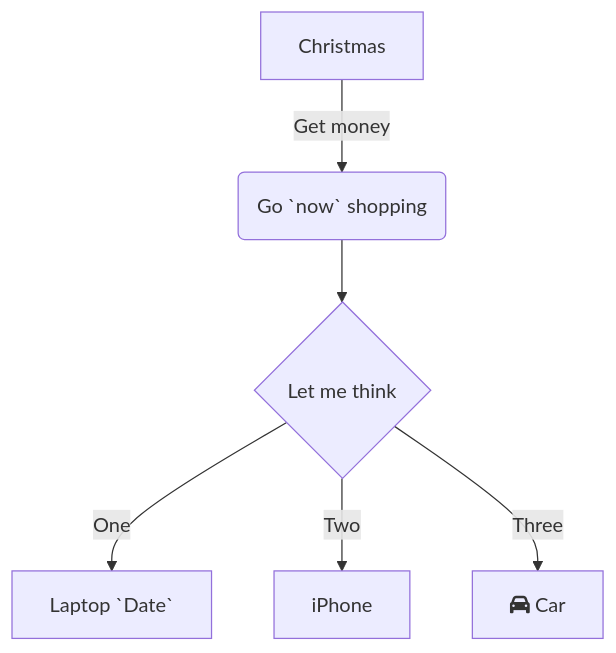
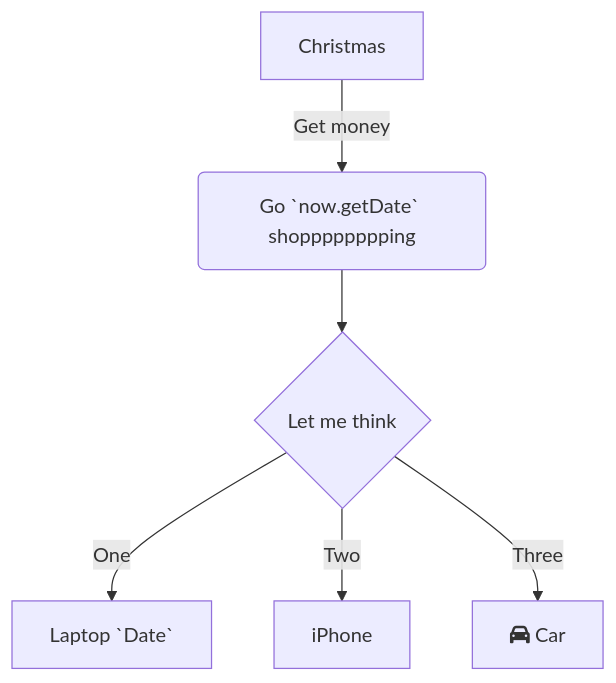
Before and after one commit to idoganzer/UTestEx: the diagram in .swm/hello.uxl0f.sw.md, drawn with Mermaid. The commit also changed other lines of this file, not shown here.

Commit message:
docs(swimm): update swimms: "Hello"

````diff
--- a/.swm/hello.uxl0f.sw.md
+++ b/.swm/hello.uxl0f.sw.md
@@ -32,8 +32,8 @@
 ```mermaid
 graph TD
-A[Christmas] -->|Get money| B(Go `now` shopping)
+A[Christmas] -->|Get money| B(Go `now.getDate` shopppppppping)
 B --> C{Let me think}
 C -->|One| D[Laptop `Date`]
 C -->|Two| E[iPhone]
 C -->|Three| F[fa:fa-car Car]
 ```
````
